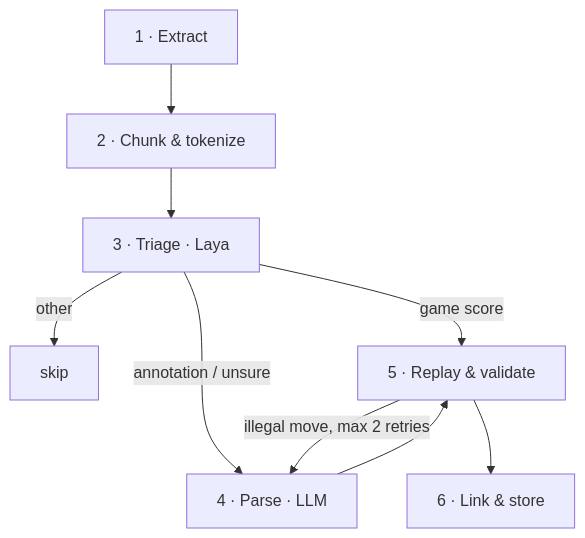
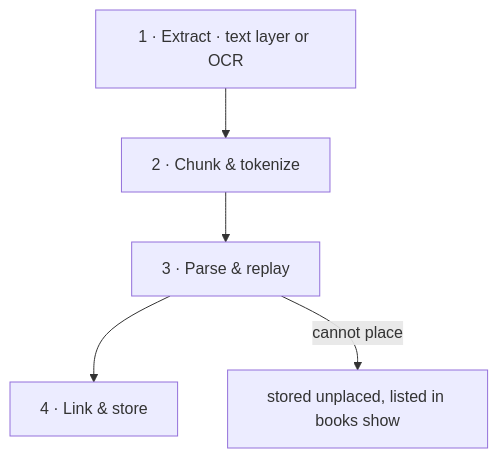
One commit to gustavowkayser/chessbox-informant changed the diagram in docs/indexing.md. Above: the diagram before and after it, drawn with Mermaid. The commit also changed other lines of this file and 4 other files, not shown here.

````diff
--- a/docs/indexing.md
+++ b/docs/indexing.md
@@ -5,11 +5,7 @@
 ```mermaid
 flowchart TD
-    A[1 · Extract] --> B[2 · Chunk & tokenize]
-    B --> C[3 · Triage · Laya]
-    C -- other --> S[skip]
-    C -- game score --> E
-    C -- annotation / unsure --> D[4 · Parse · LLM]
-    D --> E[5 · Replay & validate]
-    E -- illegal move, max 2 retries --> D
-    E --> F[6 · Link & store]
+    A[1 · Extract · text layer or OCR] --> B[2 · Chunk & tokenize]
+    B --> C[3 · Parse & replay]
+    C --> D[4 · Link & store]
+    C -- cannot place --> U[stored unplaced, listed in books show]
 ```
````
